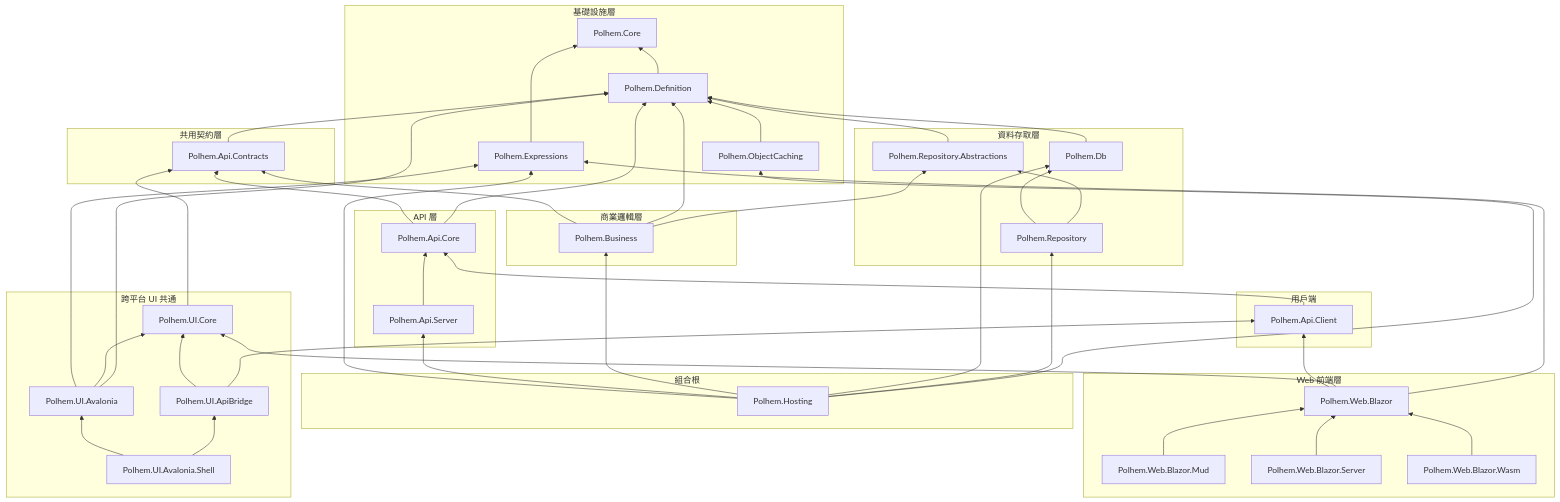
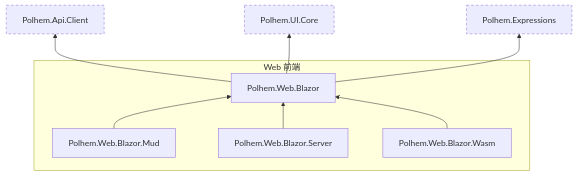
The eighth of 8 diagrams in docs/zh-TW/architecture/dependency-map.md (polhem-dev/polhem), drawn with Mermaid before and after one commit. The commit also changed other lines of this file and 5 other files, not shown here.

First line of the commit message:
Split the dependency map into an overview and one diagram per area (#279)

````diff
--- a/docs/zh-TW/architecture/dependency-map.md
+++ b/docs/zh-TW/architecture/dependency-map.md
@@ -15,86 +194,21 @@
 ```mermaid
 graph BT
-  subgraph 基礎設施層
-    Base["Polhem.Core"]
-    Expressions["Polhem.Expressions"]
-    Definition["Polhem.Definition"]
-    Caching["Polhem.ObjectCaching"]
-  end
-
-  subgraph 資料存取層
-    RepoAbs["Polhem.Repository.Abstractions"]
-    Db["Polhem.Db"]
-    Repo["Polhem.Repository"]
-  end
-
-  subgraph 商業邏輯層
-    Business["Polhem.Business"]
-  end
-
-  subgraph SharedContracts [共用契約層]
-    Contracts["Polhem.Api.Contracts"]
-  end
-
-  subgraph API 層
-    Core["Polhem.Api.Core"]
-    Server["Polhem.Api.Server"]
-  end
-
-  subgraph CompositionRoot [組合根]
-    Hosting["Polhem.Hosting"]
-  end
-
-  subgraph 用戶端
-    Client["Polhem.Api.Client"]
-  end
-
-  subgraph 跨平台 UI 共通
-    UICore["Polhem.UI.Core"]
-    UIAvalonia["Polhem.UI.Avalonia"]
-    UIApiBridge["Polhem.UI.ApiBridge"]
-    UIShell["Polhem.UI.Avalonia.Shell"]
-  end
-
-  subgraph Web 前端層
+  subgraph Web ["Web 前端"]
     BlazorShared["Polhem.Web.Blazor"]
     BlazorMud["Polhem.Web.Blazor.Mud"]
     BlazorSrv["Polhem.Web.Blazor.Server"]
     BlazorWasm["Polhem.Web.Blazor.Wasm"]
   end
+  Client["Polhem.Api.Client"]:::other
+  UICore["Polhem.UI.Core"]:::other
+  Expressions["Polhem.Expressions"]:::other
 
-  Definition --> Base
-  Expressions --> Base
-  Hosting --> Expressions
-  UIAvalonia --> Expressions
-  Contracts --> Definition
-  Db --> Definition
-  RepoAbs --> Definition
-  Caching --> Definition
-  Business --> Contracts
-  Business --> Definition
-  Business --> RepoAbs
-  Repo --> Db
-  Repo --> RepoAbs
-  Core --> Contracts
-  Core --> Definition
-  Server --> Core
-  Hosting --> Server
-  Hosting --> Business
-  Hosting --> Db
-  Hosting --> Repo
-  Hosting --> Caching
-  Client --> Core
-  UICore --> Contracts
-  UIAvalonia --> UICore
-  UIAvalonia --> Definition
-  UIApiBridge --> UICore
-  UIApiBridge --> Client
-  UIShell --> UIAvalonia
-  UIShell --> UIApiBridge
   BlazorShared --> Client
   BlazorShared --> UICore
   BlazorShared --> Expressions
   BlazorMud --> BlazorShared
   BlazorSrv --> BlazorShared
   BlazorWasm --> BlazorShared
+
+  classDef other stroke-dasharray: 5 4
 ```
````
